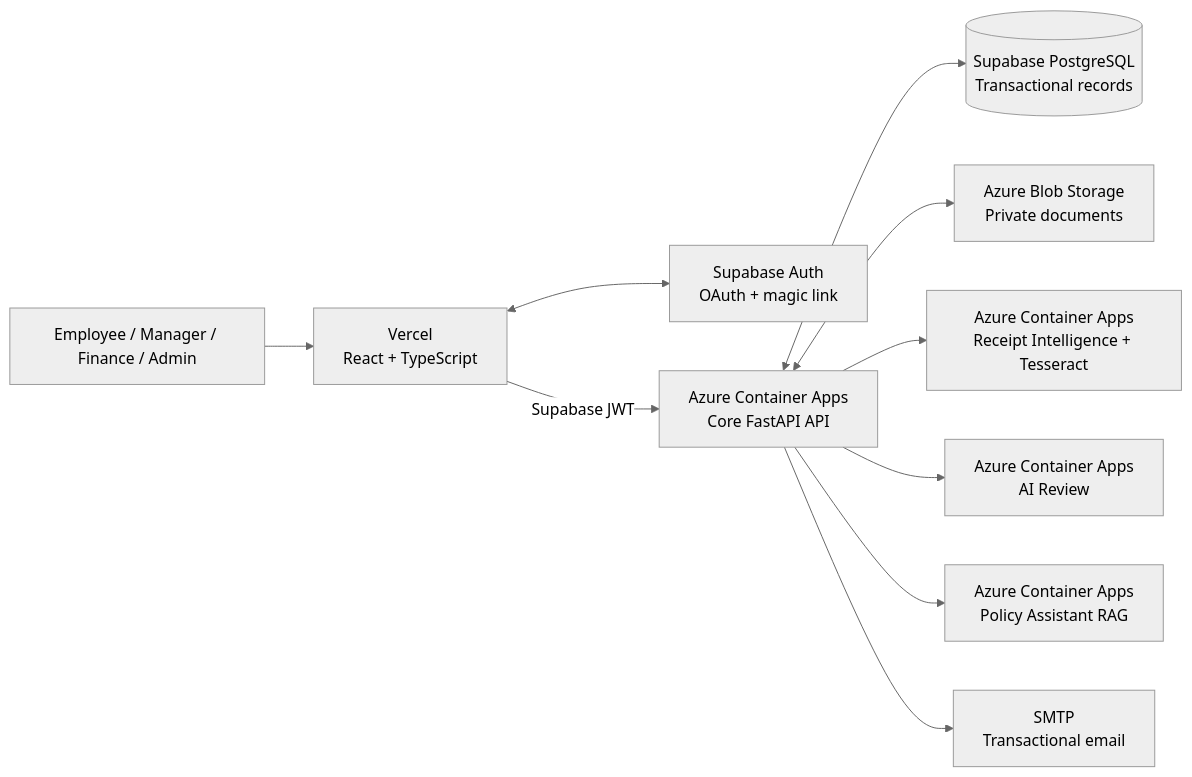
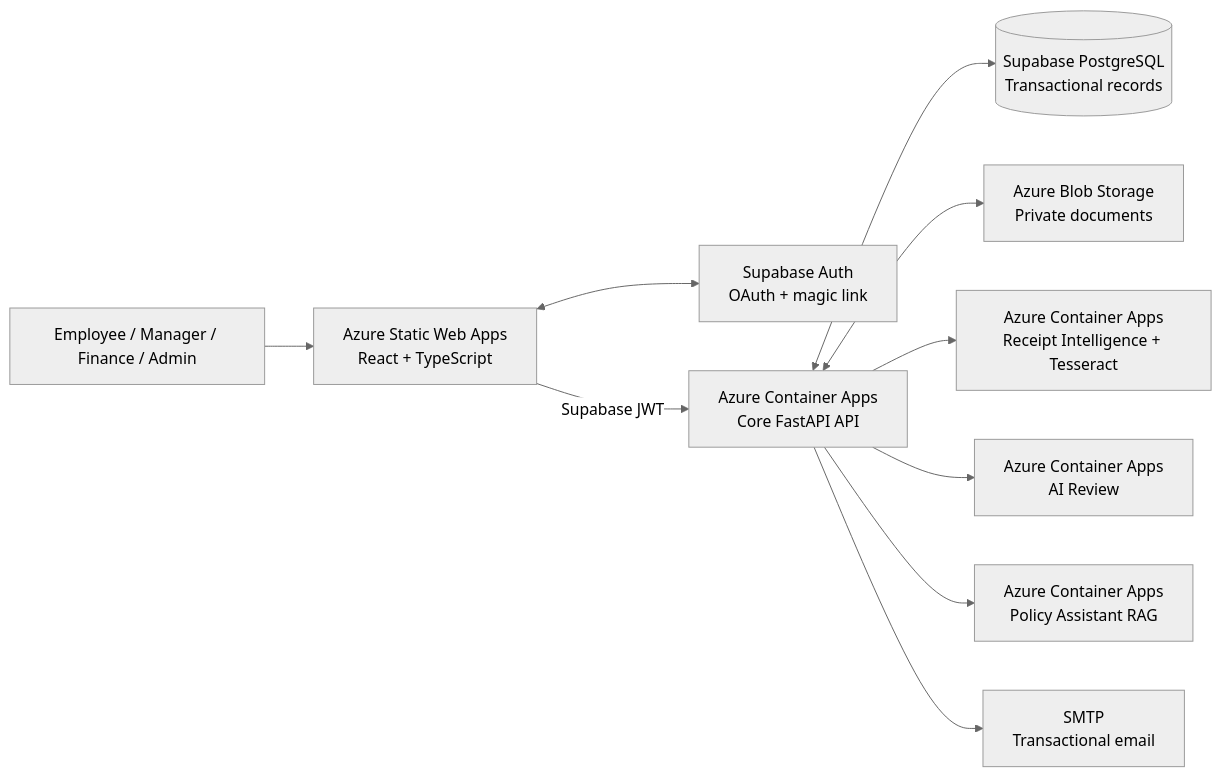
Before and after one commit to Shreesh-Sree/presidio_reimbursement_approval_tool: the first of 5 diagrams in README.md, drawn with Mermaid (neutral theme). The commit also changed other lines of this file and 17 other files, not shown here.

````diff
--- a/README.md
+++ b/README.md
@@ -46,23 +46,23 @@
 ```mermaid
 flowchart LR
     User[Employee / Manager / Finance / Admin]
-    Web[Vercel\nReact + TypeScript]
+    Web[Azure Static Web Apps\nReact + TypeScript]
     Auth[Supabase Auth\nOAuth + magic link]
     API[Azure Container Apps\nCore FastAPI API]
     DB[(Supabase PostgreSQL\nTransactional records)]
     Files[Azure Blob Storage\nPrivate documents]
     OCR[Azure Container Apps\nReceipt Intelligence + Tesseract]
     Review[Azure Container Apps\nAI Review]
     RAG[Azure Container Apps\nPolicy Assistant RAG]
     Mail[SMTP\nTransactional email]
 
     User --> Web
     Web <--> Auth
     Web -->|Supabase JWT| API
     API <--> DB
     API <--> Files
     API --> OCR
     API --> Review
     API --> RAG
     API --> Mail
 ```
````
